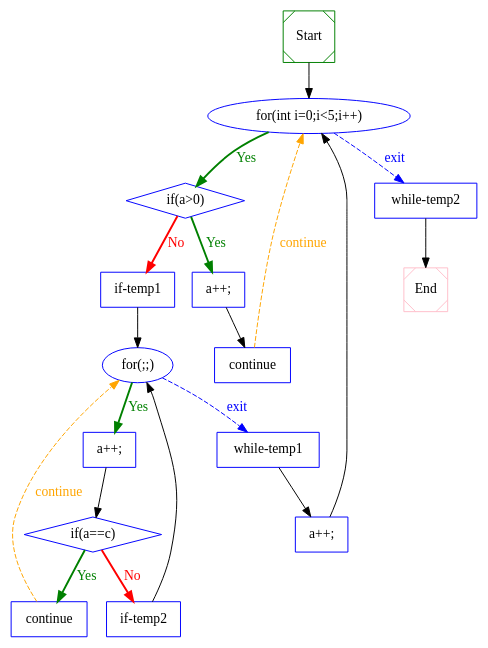
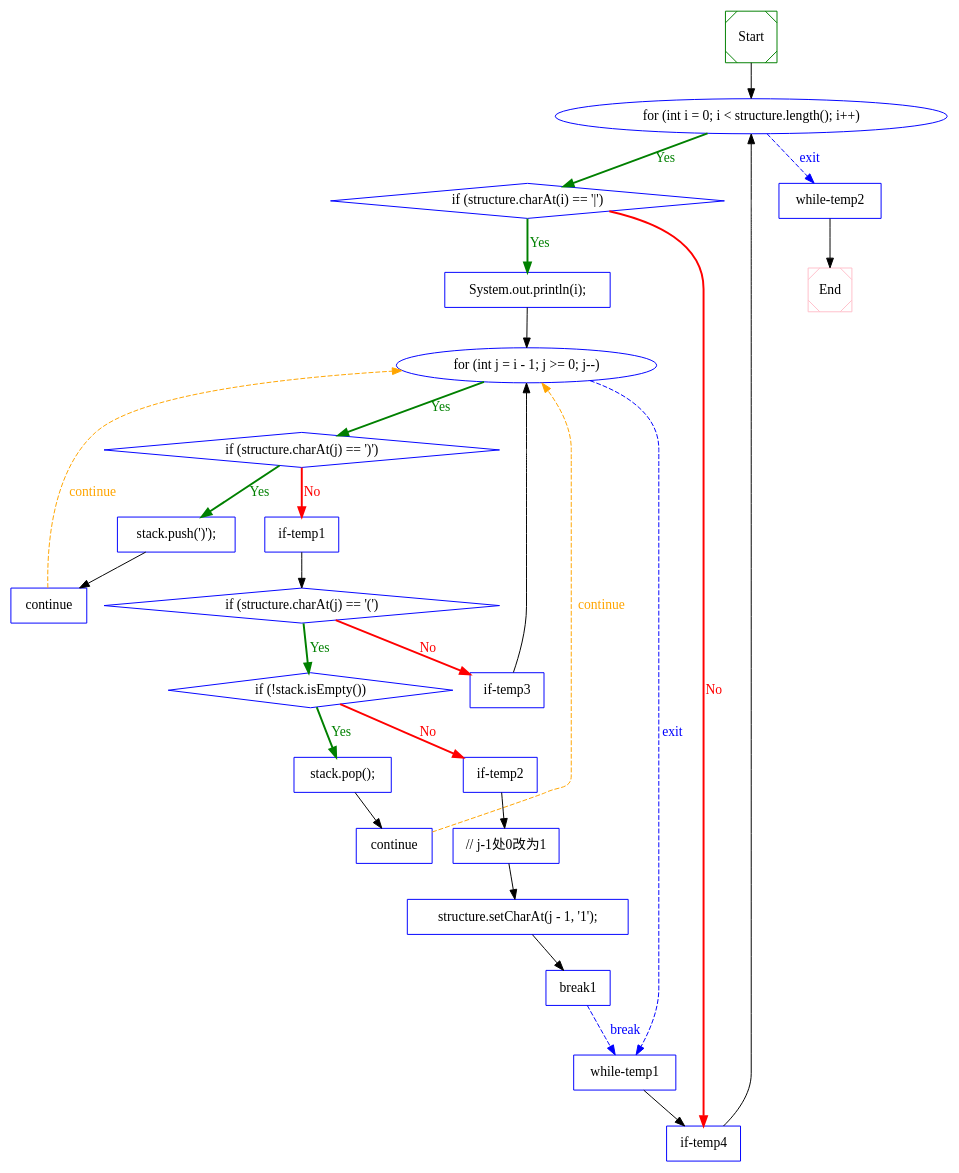
The diagram in out/test.dot (Naplues/Static-Analysis), drawn with Graphviz before and after one commit. The commit also changed 2 other files, not shown here.

```diff
--- a/out/test.dot
+++ b/out/test.dot
@@ -1,50 +1,73 @@
 digraph CFG {
  1  [shape = Msquare, color = green, label = "Start", ]
- 2  [shape = ellipse, color = blue, label = "for(int i=0;i<5;i++)", ]
- 3  [shape = diamond, color = blue, label = "if(a>0)", ]
- 4  [shape = box, color = blue, label = "a++;", ]
- 5  [shape = box, color = blue, label = "continue", ]
- 6  [shape = box, color = blue, label = "if-temp1", ]
- 7  [shape = ellipse, color = blue, label = "for(;;)", ]
- 8  [shape = box, color = blue, label = "a++;", ]
- 9  [shape = diamond, color = blue, label = "if(a==c)", ]
- 10  [shape = box, color = blue, label = "continue", ]
- 11  [shape = box, color = blue, label = "if-temp2", ]
- 12  [shape = box, color = blue, label = "while-temp1", ]
- 13  [shape = box, color = blue, label = "a++;", ]
- 14  [shape = box, color = blue, label = "while-temp2", ]
- 15  [shape = Msquare, color = pink, label = "End", ]
+ 2  [shape = ellipse, color = blue, label = "for (int i = 0; i < structure.length(); i++)", ]
+ 3  [shape = diamond, color = blue, label = "if (structure.charAt(i) == '|')", ]
+ 4  [shape = box, color = blue, label = "System.out.println(i);", ]
+ 5  [shape = ellipse, color = blue, label = "for (int j = i - 1; j >= 0; j--)", ]
+ 6  [shape = diamond, color = blue, label = "if (structure.charAt(j) == ')')", ]
+ 7  [shape = box, color = blue, label = "stack.push(')');", ]
+ 8  [shape = box, color = blue, label = "continue", ]
+ 9  [shape = box, color = blue, label = "if-temp1", ]
+ 10  [shape = diamond, color = blue, label = "if (structure.charAt(j) == '(')", ]
+ 11  [shape = diamond, color = blue, label = "if (!stack.isEmpty())", ]
+ 12  [shape = box, color = blue, label = "stack.pop();", ]
+ 13  [shape = box, color = blue, label = "continue", ]
+ 14  [shape = box, color = blue, label = "if-temp2", ]
+ 15  [shape = box, color = blue, label = "// j-1处0改为1", ]
+ 16  [shape = box, color = blue, label = "structure.setCharAt(j - 1, '1');", ]
+ 17  [shape = box, color = blue, label = "break1", ]
+ 18  [shape = box, color = blue, label = "if-temp3", ]
+ 19  [shape = box, color = blue, label = "while-temp1", ]
+ 20  [shape = box, color = blue, label = "if-temp4", ]
+ 21  [shape = box, color = blue, label = "while-temp2", ]
+ 22  [shape = Msquare, color = pink, label = "End", ]
  1  ->  2  [style = solid, label="", fillcolor = black, color = black, fontcolor = black]
 
- 2  ->  14  [style = dashed, label="exit", fillcolor = blue, color = blue, fontcolor = blue]
+ 2  ->  21  [style = dashed, label="exit", fillcolor = blue, color = blue, fontcolor = blue]
  2  ->  3  [style = bold, label="Yes", fillcolor = green, color = green, fontcolor = green]
 
- 3  ->  6  [style = bold, label="No", fillcolor = red, color = red, fontcolor = red]
+ 3  ->  20  [style = bold, label="No", fillcolor = red, color = red, fontcolor = red]
  3  ->  4  [style = bold, label="Yes", fillcolor = green, color = green, fontcolor = green]
 
  4  ->  5  [style = solid, label="", fillcolor = black, color = black, fontcolor = black]
 
- 5  ->  2  [style = dashed, label="continue", fillcolor = orange, color = orange, fontcolor = orange]
+ 5  ->  19  [style = dashed, label="exit", fillcolor = blue, color = blue, fontcolor = blue]
+ 5  ->  6  [style = bold, label="Yes", fillcolor = green, color = green, fontcolor = green]
 
- 6  ->  7  [style = solid, label="", fillcolor = black, color = black, fontcolor = black]
+ 6  ->  9  [style = bold, label="No", fillcolor = red, color = red, fontcolor = red]
+ 6  ->  7  [style = bold, label="Yes", fillcolor = green, color = green, fontcolor = green]
 
- 7  ->  12  [style = dashed, label="exit", fillcolor = blue, color = blue, fontcolor = blue]
- 7  ->  8  [style = bold, label="Yes", fillcolor = green, color = green, fontcolor = green]
+ 7  ->  8  [style = solid, label="", fillcolor = black, color = black, fontcolor = black]
 
- 8  ->  9  [style = solid, label="", fillcolor = black, color = black, fontcolor = black]
+ 8  ->  5  [style = dashed, label="continue", fillcolor = orange, color = orange, fontcolor = orange]
 
- 9  ->  11  [style = bold, label="No", fillcolor = red, color = red, fontcolor = red]
- 9  ->  10  [style = bold, label="Yes", fillcolor = green, color = green, fontcolor = green]
+ 9  ->  10  [style = solid, label="", fillcolor = black, color = black, fontcolor = black]
 
- 10  ->  7  [style = dashed, label="continue", fillcolor = orange, color = orange, fontcolor = orange]
+ 10  ->  18  [style = bold, label="No", fillcolor = red, color = red, fontcolor = red]
+ 10  ->  11  [style = bold, label="Yes", fillcolor = green, color = green, fontcolor = green]
 
- 11  ->  7  [style = solid, label="", fillcolor = black, color = black, fontcolor = black]
+ 11  ->  14  [style = bold, label="No", fillcolor = red, color = red, fontcolor = red]
+ 11  ->  12  [style = bold, label="Yes", fillcolor = green, color = green, fontcolor = green]
 
  12  ->  13  [style = solid, label="", fillcolor = black, color = black, fontcolor = black]
 
- 13  ->  2  [style = solid, label="", fillcolor = black, color = black, fontcolor = black]
+ 13  ->  5  [style = dashed, label="continue", fillcolor = orange, color = orange, fontcolor = orange]
 
  14  ->  15  [style = solid, label="", fillcolor = black, color = black, fontcolor = black]
 
+ 15  ->  16  [style = solid, label="", fillcolor = black, color = black, fontcolor = black]
+
+ 16  ->  17  [style = solid, label="", fillcolor = black, color = black, fontcolor = black]
+
+ 17  ->  19  [style = dashed, label="break", fillcolor = blue, color = blue, fontcolor = blue]
+
+ 18  ->  5  [style = solid, label="", fillcolor = black, color = black, fontcolor = black]
+
+ 19  ->  20  [style = solid, label="", fillcolor = black, color = black, fontcolor = black]
+
+ 20  ->  2  [style = solid, label="", fillcolor = black, color = black, fontcolor = black]
+
+ 21  ->  22  [style = solid, label="", fillcolor = black, color = black, fontcolor = black]
+
 
 }
```
